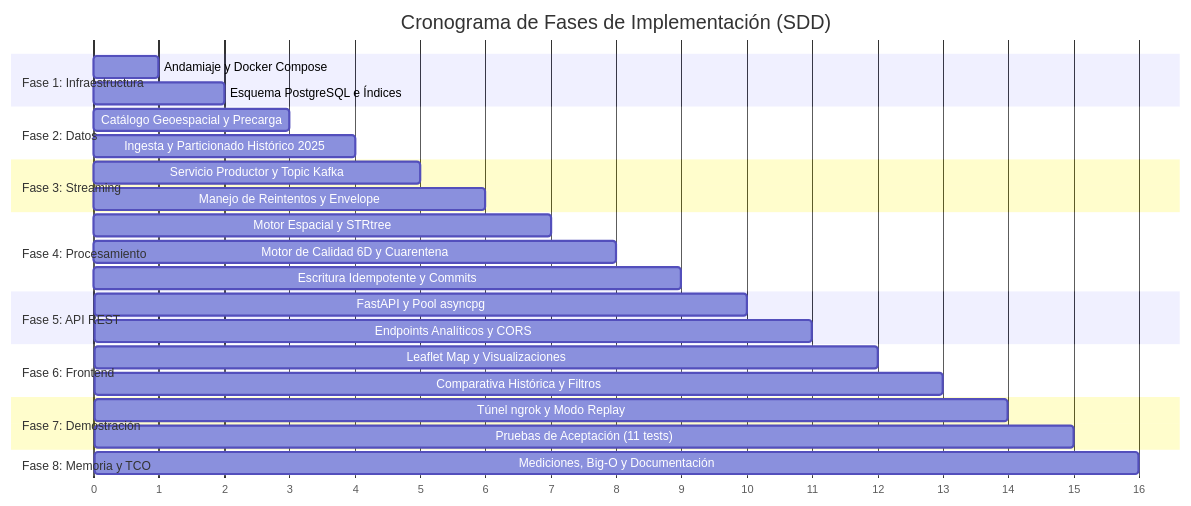
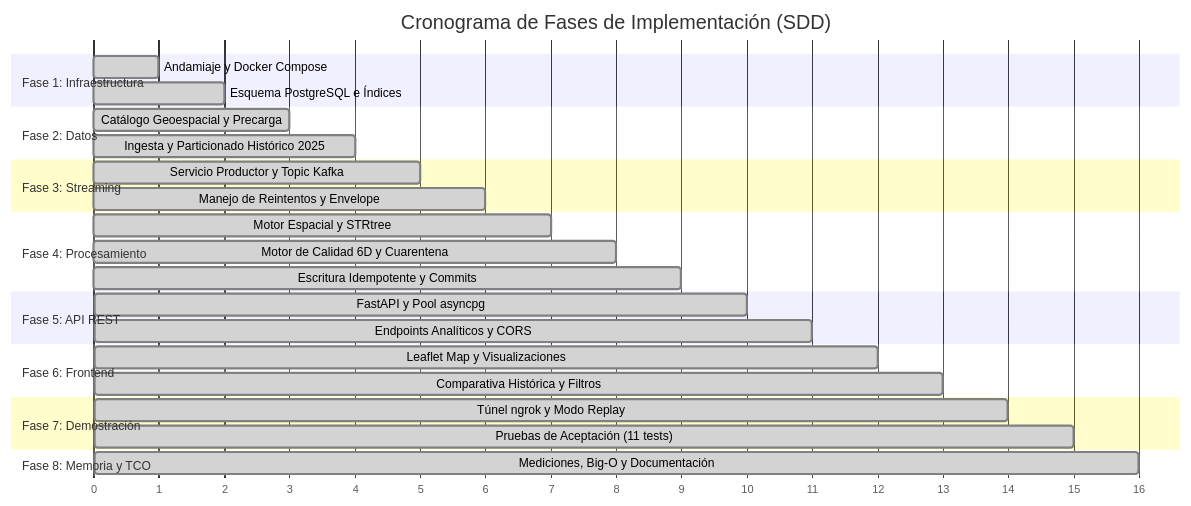
One commit to Reysanx/Observatorio-de-actividad-sismica changed the diagram in specs/001-observatorio-sismico/tasks.md. Above: the diagram before and after it, drawn with Mermaid. The commit also changed other lines of this file and 6 other files, not shown here.

````diff
--- a/specs/001-observatorio-sismico/tasks.md
+++ b/specs/001-observatorio-sismico/tasks.md
@@ -12,38 +13,38 @@
 ```mermaid
 gantt
     title Cronograma de Fases de Implementación (SDD)
     dateFormat  X
     axisFormat %s
 
     section Fase 1: Infraestructura
-    Andamiaje y Docker Compose           :p1_1, 0, 1
-    Esquema PostgreSQL e Índices         :p1_2, 1, 2
+    Andamiaje y Docker Compose           :done, p1_1, 0, 1
+    Esquema PostgreSQL e Índices         :done, p1_2, 1, 2
 
     section Fase 2: Datos
-    Catálogo Geoespacial y Precarga      :p2_1, 2, 3
-    Ingesta y Particionado Histórico 2025:p2_2, 3, 4
+    Catálogo Geoespacial y Precarga      :done, p2_1, 2, 3
+    Ingesta y Particionado Histórico 2025:done, p2_2, 3, 4
 
     section Fase 3: Streaming
-    Servicio Productor y Topic Kafka     :p3_1, 4, 5
-    Manejo de Reintentos y Envelope      :p3_2, 5, 6
+    Servicio Productor y Topic Kafka     :done, p3_1, 4, 5
+    Manejo de Reintentos y Envelope      :done, p3_2, 5, 6
 
     section Fase 4: Procesamiento
-    Motor Espacial y STRtree             :p4_1, 6, 7
-    Motor de Calidad 6D y Cuarentena     :p4_2, 7, 8
-    Escritura Idempotente y Commits      :p4_3, 8, 9
+    Motor Espacial y STRtree             :done, p4_1, 6, 7
+    Motor de Calidad 6D y Cuarentena     :done, p4_2, 7, 8
+    Escritura Idempotente y Commits      :done, p4_3, 8, 9
 
     section Fase 5: API REST
-    FastAPI y Pool asyncpg               :p5_1, 9, 10
-    Endpoints Analíticos y CORS          :p5_2, 10, 11
+    FastAPI y Pool asyncpg               :done, p5_1, 9, 10
+    Endpoints Analíticos y CORS          :done, p5_2, 10, 11
 
     section Fase 6: Frontend
-    Leaflet Map y Visualizaciones        :p6_1, 11, 12
-    Comparativa Histórica y Filtros      :p6_2, 12, 13
+    Leaflet Map y Visualizaciones        :done, p6_1, 11, 12
+    Comparativa Histórica y Filtros      :done, p6_2, 12, 13
 
     section Fase 7: Demostración
-    Túnel ngrok y Modo Replay            :p7_1, 13, 14
-    Pruebas de Aceptación (11 tests)     :p7_2, 14, 15
+    Túnel ngrok y Modo Replay            :done, p7_1, 13, 14
+    Pruebas de Aceptación (11 tests)     :done, p7_2, 14, 15
 
     section Fase 8: Memoria y TCO
-    Mediciones, Big-O y Documentación    :p8_1, 15, 16
+    Mediciones, Big-O y Documentación    :done, p8_1, 15, 16
 ```
````
